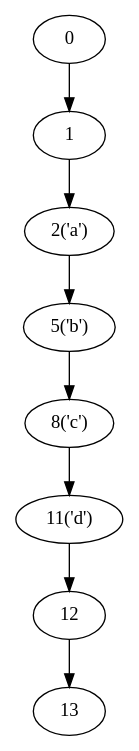
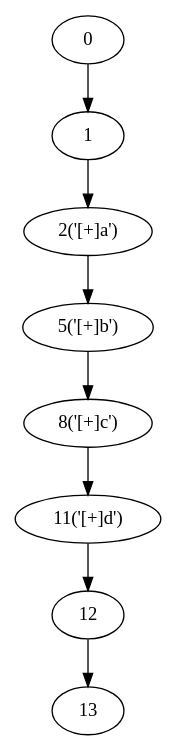
One commit to yyl-20020115/NRegEx changed the diagram in NRegex.Test/Graphs/TestMethod00.dot. Above: the diagram before and after it, drawn with Graphviz. The commit also changed 27 other files, not shown here.

```diff
--- a/NRegex.Test/Graphs/TestMethod00.dot
+++ b/NRegex.Test/Graphs/TestMethod00.dot
@@ -1,17 +1,17 @@
 digraph g {
 	0 ;
 	1 ;
-	2 [label="2('a')"];
-	5 [label="5('b')"];
-	8 [label="8('c')"];
-	11 [label="11('d')"];
+	2 [label="2('[+]a')"];
+	5 [label="5('[+]b')"];
+	8 [label="8('[+]c')"];
+	11 [label="11('[+]d')"];
 	12 ;
 	13 ;
 	0->1;
 	1->2;
 	2->5;
 	5->8;
 	8->11;
 	11->12;
 	12->13;
 }
```
